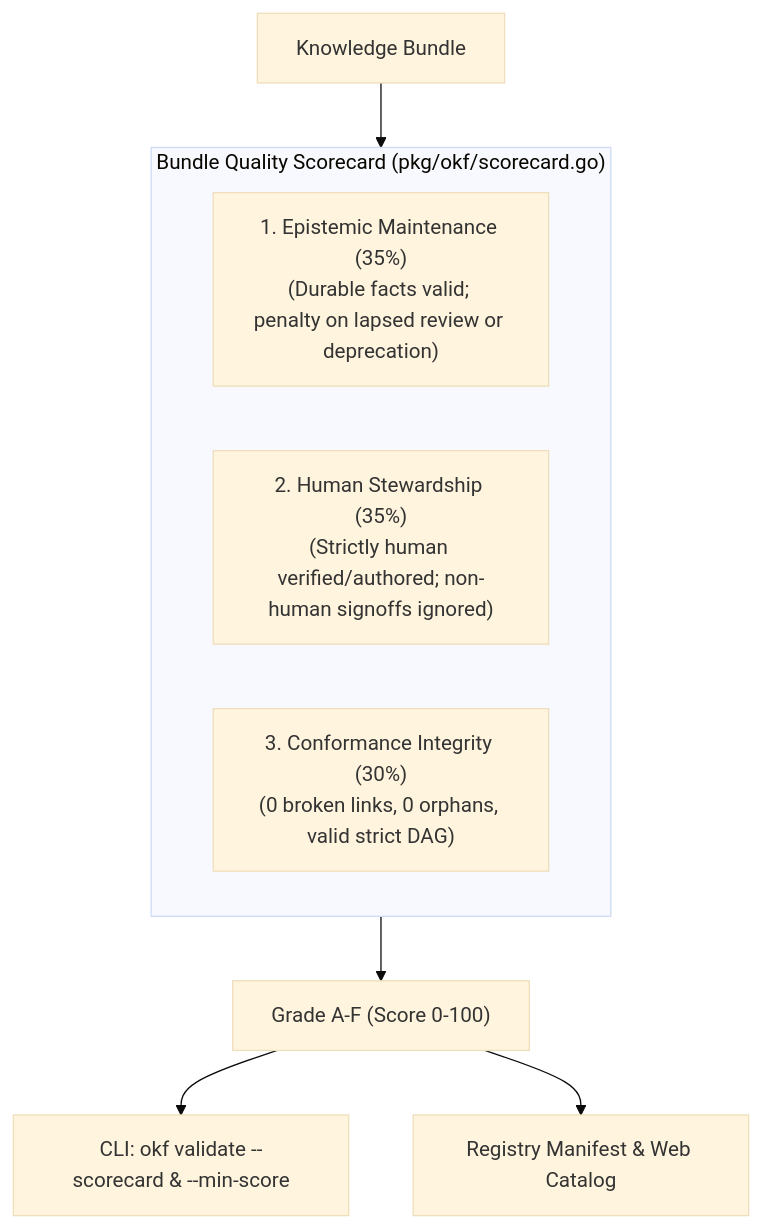
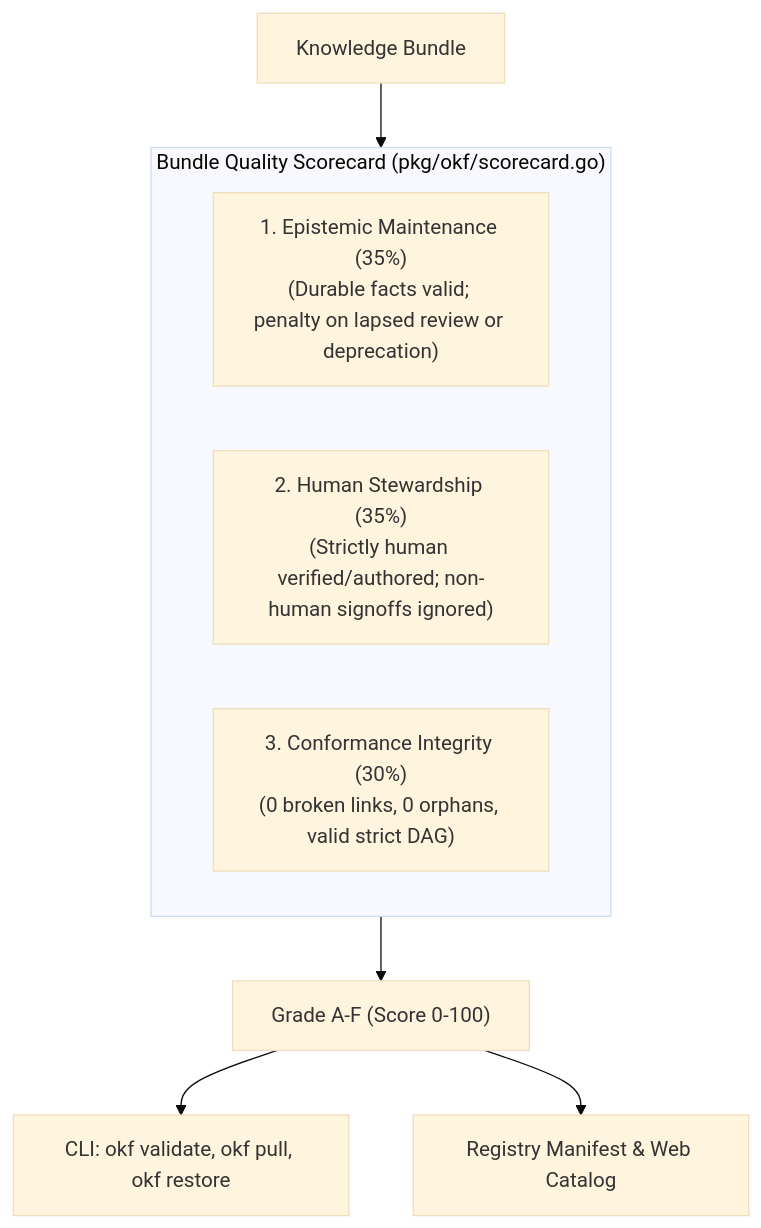
One commit to agent-memory-atlas-archive/okf-memory--okf-agent-memory changed the diagram in knowledge/architecture/bundle-quality-scorecards.md. Above: the diagram before and after it, drawn with Mermaid (base theme). The commit also changed other lines of this file and 7 other files, not shown here.

First line of the commit message:
feat(cli): add --min-score quality gating to pull and restore

````diff
--- a/knowledge/architecture/bundle-quality-scorecards.md
+++ b/knowledge/architecture/bundle-quality-scorecards.md
@@ -22,13 +22,13 @@
 ```mermaid
 flowchart TD
     subgraph SCORECARD ["Bundle Quality Scorecard (pkg/okf/scorecard.go)"]
         M["1. Epistemic Maintenance (35%)<br/>(Durable facts valid; penalty on lapsed review or deprecation)"]
         S["2. Human Stewardship (35%)<br/>(Strictly human verified/authored; non-human signoffs ignored)"]
         I["3. Conformance Integrity (30%)<br/>(0 broken links, 0 orphans, valid strict DAG)"]
     end
 
     Bundle["Knowledge Bundle"] --> SCORECARD
     SCORECARD --> Grade["Grade A-F (Score 0-100)"]
-    Grade --> CLI["CLI: okf validate --scorecard & --min-score"]
+    Grade --> CLI["CLI: okf validate, okf pull, okf restore"]
     Grade --> Registry["Registry Manifest & Web Catalog"]
 ```
````
